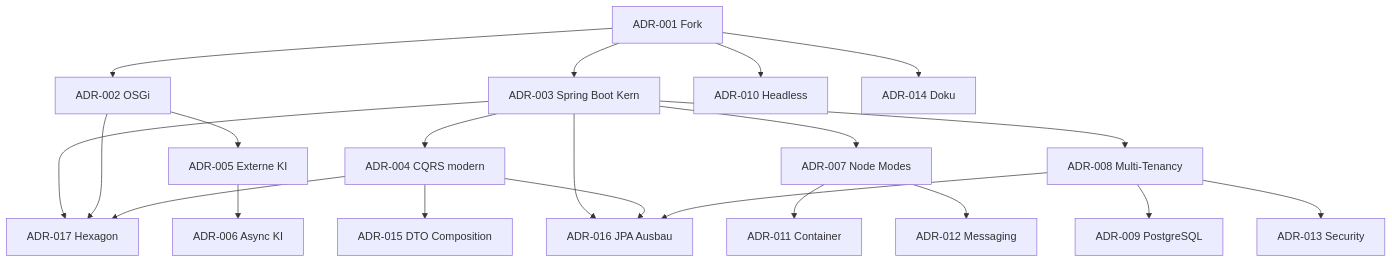
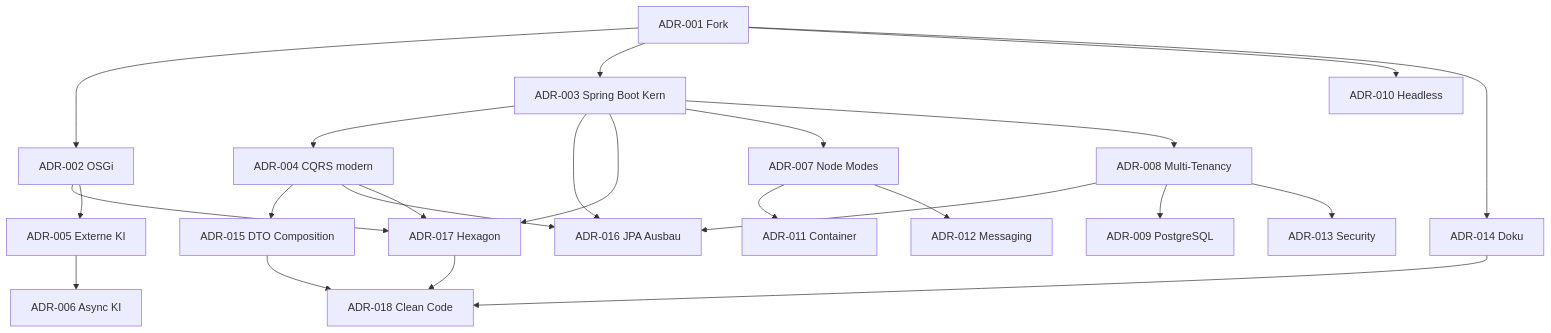
One commit to RainerMaxWallscheid/fineract-osgi changed the diagram in docs/arc42/08_design_decisions.md. Above: the diagram before and after it, drawn with Mermaid. The commit also changed other lines of this file and 7 other files, not shown here.

First line of the commit message:
docs(arc42): add Clean Code as development guideline (ADR-018)

````diff
--- a/docs/arc42/08_design_decisions.md
+++ b/docs/arc42/08_design_decisions.md
@@ -44,23 +45,26 @@
 ```mermaid
 flowchart TB
     ADR001[ADR-001 Fork] --> ADR002[ADR-002 OSGi]
     ADR001 --> ADR003[ADR-003 Spring Boot Kern]
     ADR003 --> ADR004[ADR-004 CQRS modern]
     ADR004 --> ADR015[ADR-015 DTO Composition]
     ADR003 --> ADR016[ADR-016 JPA Ausbau]
     ADR004 --> ADR016
     ADR008 --> ADR016
     ADR003 --> ADR017[ADR-017 Hexagon]
     ADR002 --> ADR017
     ADR004 --> ADR017
+    ADR017 --> ADR018[ADR-018 Clean Code]
+    ADR015 --> ADR018
+    ADR014 --> ADR018
     ADR002 --> ADR005[ADR-005 Externe KI]
     ADR005 --> ADR006[ADR-006 Async KI]
     ADR003 --> ADR007[ADR-007 Node Modes]
     ADR003 --> ADR008[ADR-008 Multi-Tenancy]
     ADR008 --> ADR009[ADR-009 PostgreSQL]
     ADR001 --> ADR010[ADR-010 Headless]
     ADR007 --> ADR011[ADR-011 Container]
     ADR007 --> ADR012[ADR-012 Messaging]
     ADR008 --> ADR013[ADR-013 Security]
     ADR001 --> ADR014[ADR-014 Doku]
 ```
````
